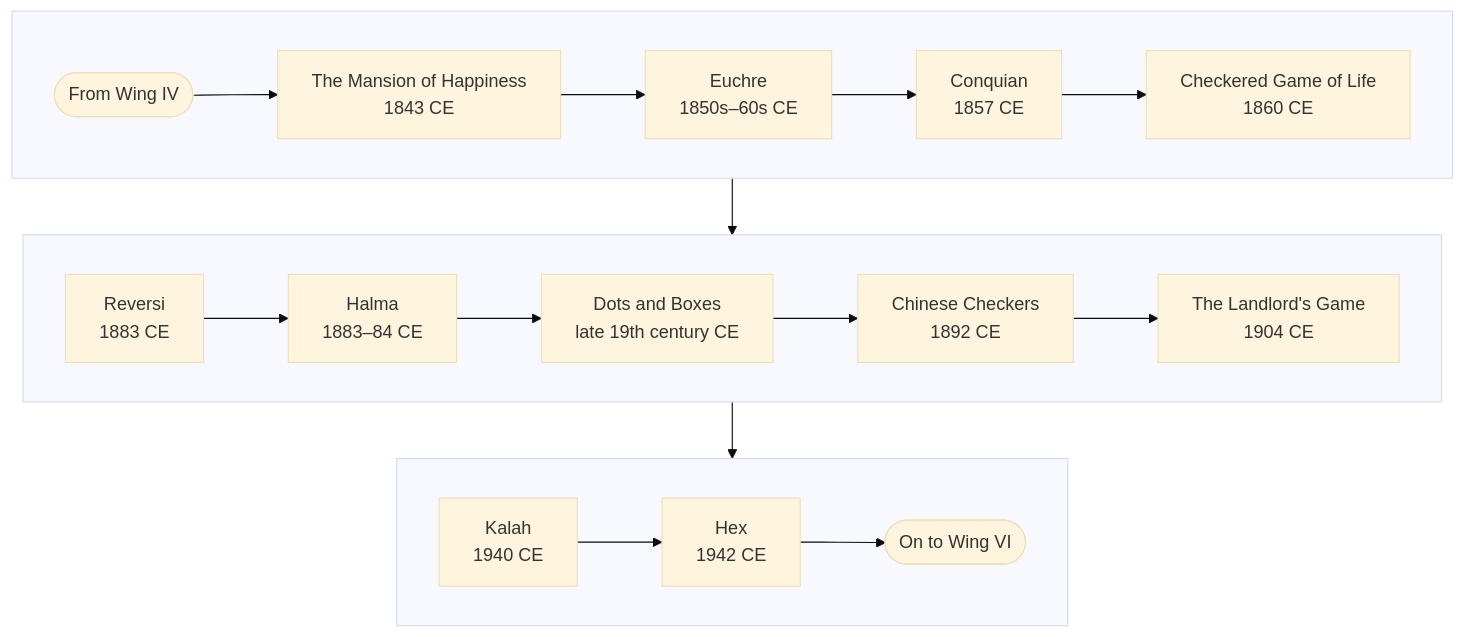
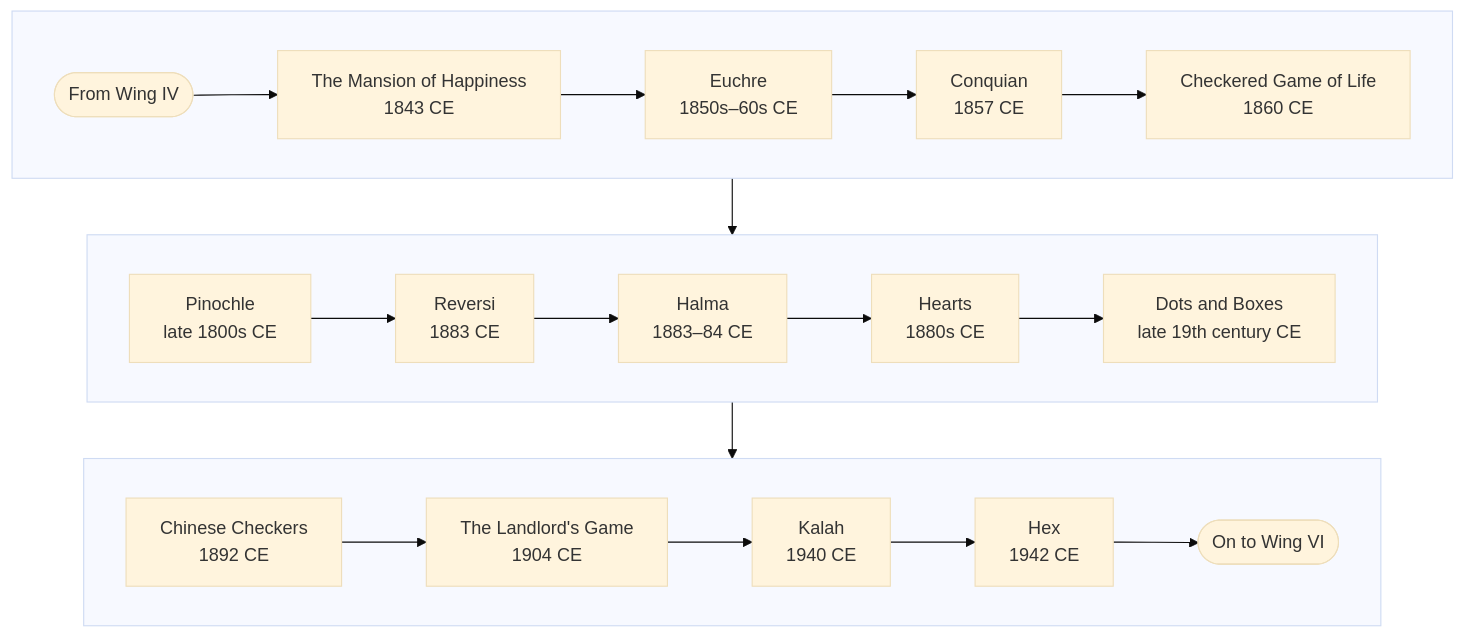
Before and after one commit to CptNope/Librarium-Archives: the eighth of 9 diagrams in docs/games/README.md, drawn with Mermaid (base theme). The commit also changed other lines of this file and 40 other files, not shown here.

First line of the commit message:
0.36.0: the card room, part four: Skat, Pinochle and Hearts

````diff
--- a/docs/games/README.md
+++ b/docs/games/README.md
@@ -378,17 +382,17 @@
 ```mermaid
 flowchart TB
     subgraph r0[" "]
         direction LR
         in(["From Wing IV"]) --> mansion["The Mansion of Happiness<br/>1843 CE"] --> euchre["Euchre<br/>1850s–60s CE"] --> conquian["Conquian<br/>1857 CE"] --> lifegame["Checkered Game of Life<br/>1860 CE"]
     end
     subgraph r1[" "]
         direction LR
-        reversi["Reversi<br/>1883 CE"] --> halma["Halma<br/>1883–84 CE"] --> dotsboxes["Dots and Boxes<br/>late 19th century CE"] --> chinese["Chinese Checkers<br/>1892 CE"] --> landlord["The Landlord's Game<br/>1904 CE"]
+        pinochle["Pinochle<br/>late 1800s CE"] --> reversi["Reversi<br/>1883 CE"] --> halma["Halma<br/>1883–84 CE"] --> hearts["Hearts<br/>1880s CE"] --> dotsboxes["Dots and Boxes<br/>late 19th century CE"]
     end
     subgraph r2[" "]
         direction LR
-        kalah["Kalah<br/>1940 CE"] --> hex["Hex<br/>1942 CE"] --> out(["On to Wing VI"])
+        chinese["Chinese Checkers<br/>1892 CE"] --> landlord["The Landlord's Game<br/>1904 CE"] --> kalah["Kalah<br/>1940 CE"] --> hex["Hex<br/>1942 CE"] --> out(["On to Wing VI"])
     end
     r0 --> r1
     r1 --> r2
 ```
````
